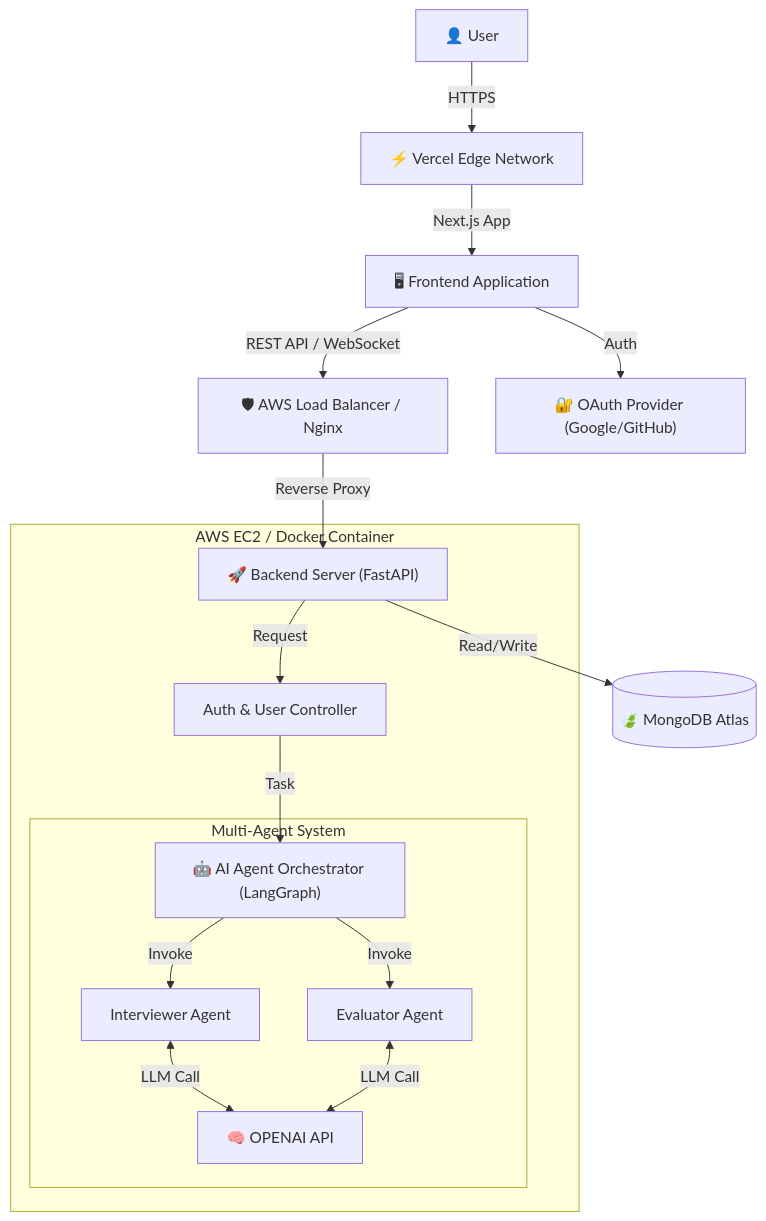
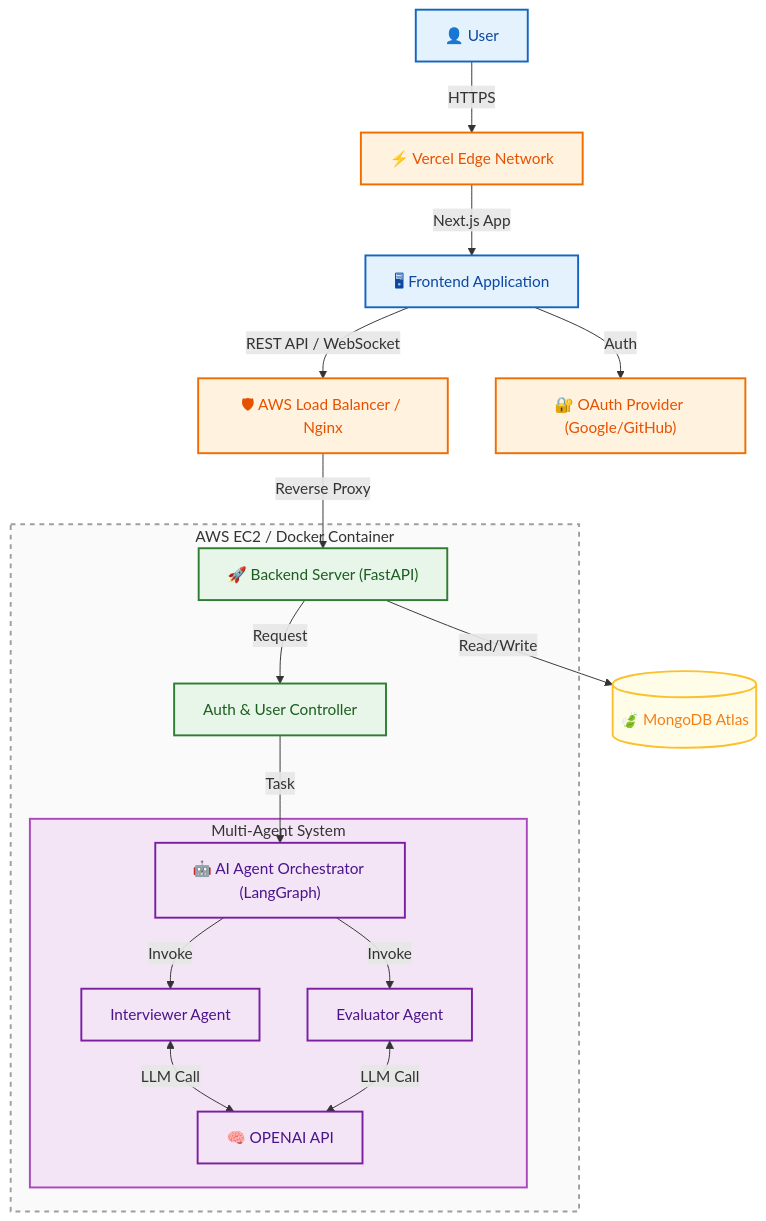
The diagram in docs/2_design/architecture.md (haebo9/ai_techtree_project), drawn with Mermaid before and after one commit. The commit also changed other lines of this file, not shown here.

Commit message:
docs: Update architecture design document.

````diff
--- a/docs/2_design/architecture.md
+++ b/docs/2_design/architecture.md
@@ -12,30 +10,41 @@
 ```mermaid
 graph TD
-    %% 사용자 및 클라이언트
-    User["👤 User"] -->|HTTPS| CDN["⚡ Vercel Edge Network"]
-    CDN -->|Next.js App| Client["🖥 Frontend Application"]
+    %% 스타일 정의 (Color Palette)
+    classDef frontend fill:#E3F2FD,stroke:#1565C0,stroke-width:2px,color:#0D47A1;
+    classDef backend fill:#E8F5E9,stroke:#2E7D32,stroke-width:2px,color:#1B5E20;
+    classDef ai fill:#F3E5F5,stroke:#7B1FA2,stroke-width:2px,color:#4A148C;
+    classDef infra fill:#FFF3E0,stroke:#EF6C00,stroke-width:2px,color:#E65100;
+    classDef db fill:#FFFDE7,stroke:#FBC02D,stroke-width:2px,color:#F57F17;
 
-    %% 백엔드 진입점
-    Client -->|REST API / WebSocket| LB["🛡 AWS Load Balancer / Nginx"]
-    LB -->|Reverse Proxy| API["🚀 Backend Server (FastAPI)"]
+    %% 사용자 및 클라이언트 (Frontend)
+    User["👤 User"]:::frontend -->|HTTPS| CDN["⚡ Vercel Edge Network"]:::infra
+    CDN -->|Next.js App| Client["🖥 Frontend Application"]:::frontend
+
+    %% 백엔드 진입점 (Infra & Backend)
+    Client -->|REST API / WebSocket| LB["🛡 AWS Load Balancer / Nginx"]:::infra
+    LB -->|Reverse Proxy| API["🚀 Backend Server (FastAPI)"]:::backend
 
     %% 백엔드 내부 로직
     subgraph Backend_Infrastructure ["AWS EC2 / Docker Container"]
-        API -->|Request| Controller["Auth & User Controller"]
-        Controller -->|Task| AgentOrch["🤖 AI Agent Orchestrator (LangGraph)"]
+        style Backend_Infrastructure fill:#FAFAFA,stroke:#9E9E9E,stroke-width:2px,stroke-dasharray: 5 5
+        
+        API -->|Request| Controller["Auth & User Controller"]:::backend
+        Controller -->|Task| AgentOrch["🤖 AI Agent Orchestrator (LangGraph)"]:::ai
         
         %% AI 에이전트 그룹
         subgraph AI_Agents ["Multi-Agent System"]
-            AgentOrch -->|Invoke| Interviewer["Interviewer Agent"]
-            AgentOrch -->|Invoke| Evaluator["Evaluator Agent"]
-            Interviewer <-->|LLM Call| LLM["🧠 OPENAI API"]
+            style AI_Agents fill:#F3E5F5,stroke:#AB47BC,stroke-width:2px
+            
+            AgentOrch -->|Invoke| Interviewer["Interviewer Agent"]:::ai
+            AgentOrch -->|Invoke| Evaluator["Evaluator Agent"]:::ai
+            Interviewer <-->|LLM Call| LLM["🧠 OPENAI API"]:::ai
             Evaluator <-->|LLM Call| LLM
         end
     end
 
-    %% 데이터 저장소
-    API -->|Read/Write| DB[("🍃 MongoDB Atlas")]
+    %% 데이터 저장소 (DB)
+    API -->|Read/Write| DB[("🍃 MongoDB Atlas")]:::db
     
-    %% 외부 서비스
-    Client -->|Auth| OAuth["🔐 OAuth Provider (Google/GitHub)"]
+    %% 외부 서비스 (Infra)
+    Client -->|Auth| OAuth["🔐 OAuth Provider (Google/GitHub)"]:::infra
 ```
````
